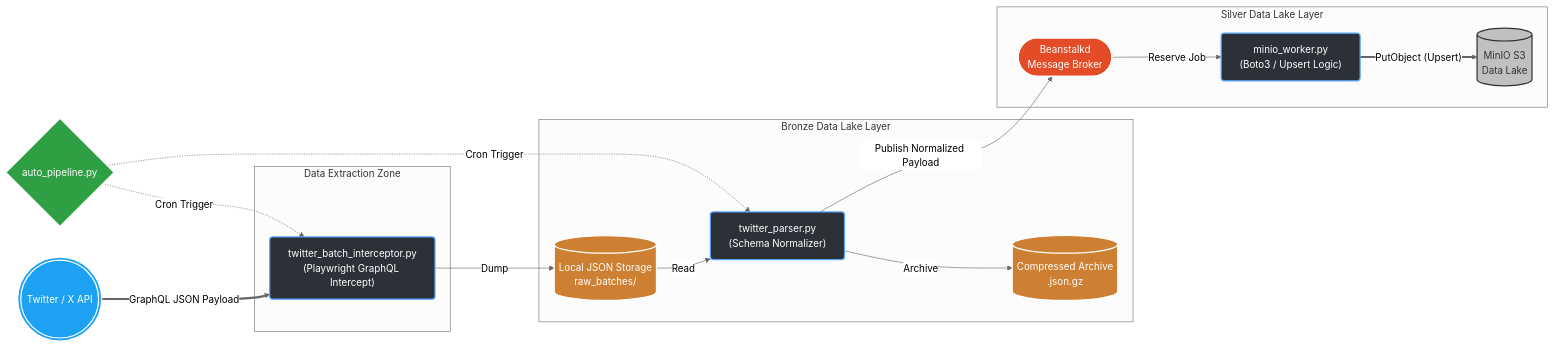
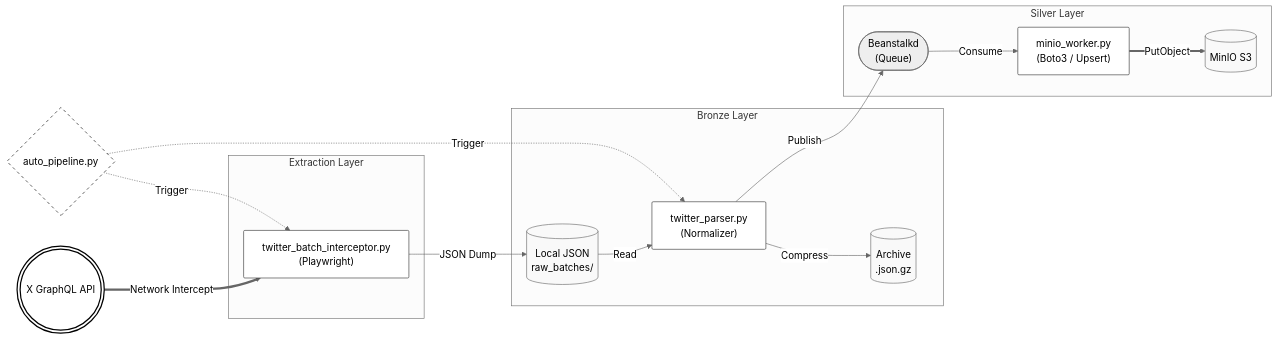
One commit to baihaqii08/X-Medallion-Data-Pipeline changed the diagram in README.md. Above: the diagram before and after it, drawn with Mermaid (neutral theme). The commit also changed other lines of this file, not shown here.

Commit message:
docs: restyle README to corporate minimal standard

````diff
--- a/README.md
+++ b/README.md
@@ -20,41 +12,40 @@
 ```mermaid
 flowchart LR
-    %% Defining Node Styles
-    classDef extract fill:#2b3137,stroke:#58a6ff,stroke-width:2px,color:#fff,rx:5px,ry:5px
-    classDef bronze fill:#cd7f32,stroke:#fff,stroke-width:2px,color:#fff,rx:10px,ry:10px
-    classDef silver fill:#c0c0c0,stroke:#333,stroke-width:2px,color:#333,rx:10px,ry:10px
-    classDef queue fill:#e34c26,stroke:#fff,stroke-width:2px,color:#fff,rx:15px,ry:15px
-    classDef ext fill:#1da1f2,stroke:#fff,stroke-width:2px,color:#fff,rx:20px,ry:20px
-    classDef control fill:#2ea043,stroke:#fff,stroke-width:2px,color:#fff,rx:5px,ry:5px
+    %% Minimalist Corporate Styling
+    classDef extract fill:#ffffff,stroke:#333333,stroke-width:1px,color:#000000,rx:2px,ry:2px
+    classDef storage fill:#f9f9f9,stroke:#666666,stroke-width:1px,color:#000000,rx:5px,ry:5px
+    classDef queue fill:#eeeeee,stroke:#666666,stroke-width:1px,color:#000000,rx:10px,ry:10px
+    classDef ext fill:#ffffff,stroke:#000000,stroke-width:2px,color:#000000,rx:20px,ry:20px
+    classDef control fill:#ffffff,stroke:#000000,stroke-width:1px,stroke-dasharray: 5 5,color:#000000
 
     %% Components
-    API(((Twitter / X API))):::ext
-    Cron{"auto_pipeline.py"}:::control
+    API(((X GraphQL API))):::ext
+    Cron{auto_pipeline.py}:::control
 
-    subgraph Extraction Zone [Data Extraction Zone]
-        Interceptor["twitter_batch_interceptor.py<br/>(Playwright GraphQL Intercept)"]:::extract
+    subgraph Extraction Layer
+        Interceptor["twitter_batch_interceptor.py<br/>(Playwright)"]:::extract
     end
 
-    subgraph Bronze Zone [Bronze Data Lake Layer]
-        RawJSON[("Local JSON Storage<br/>raw_batches/")]:::bronze
-        Parser["twitter_parser.py<br/>(Schema Normalizer)"]:::extract
-        GZIP[("Compressed Archive<br/>.json.gz")]:::bronze
+    subgraph Bronze Layer
+        RawJSON[("Local JSON<br/>raw_batches/")]:::storage
+        Parser["twitter_parser.py<br/>(Normalizer)"]:::extract
+        GZIP[("Archive<br/>.json.gz")]:::storage
     end
 
-    subgraph Silver Zone [Silver Data Lake Layer]
-        Beanstalkd(["Beanstalkd<br/>Message Broker"]):::queue
-        Worker["minio_worker.py<br/>(Boto3 / Upsert Logic)"]:::extract
-        MinIO[("MinIO S3<br/>Data Lake")]:::silver
+    subgraph Silver Layer
+        Beanstalkd(["Beanstalkd<br/>(Queue)"]):::queue
+        Worker["minio_worker.py<br/>(Boto3 / Upsert)"]:::extract
+        MinIO[("MinIO S3")]:::storage
     end
 
-    %% Data Flow
-    Cron -.->|Cron Trigger| Interceptor
-    Cron -.->|Cron Trigger| Parser
-    API == GraphQL JSON Payload ==> Interceptor
-    Interceptor -->|Dump| RawJSON
+    %% Flow
+    Cron -.->|Trigger| Interceptor
+    Cron -.->|Trigger| Parser
+    API == Network Intercept ==> Interceptor
+    Interceptor -->|JSON Dump| RawJSON
     RawJSON -->|Read| Parser
-    Parser -->|Archive| GZIP
-    Parser -->|Publish Normalized Payload| Beanstalkd
-    Beanstalkd -->|Reserve Job| Worker
-    Worker == PutObject (Upsert) ==> MinIO
+    Parser -->|Compress| GZIP
+    Parser -->|Publish| Beanstalkd
+    Beanstalkd -->|Consume| Worker
+    Worker == PutObject ==> MinIO
 ```
````
